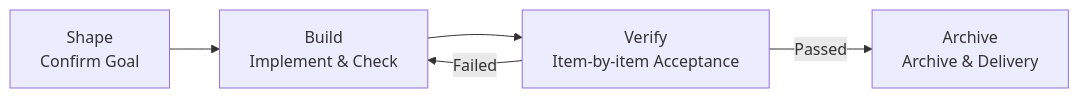
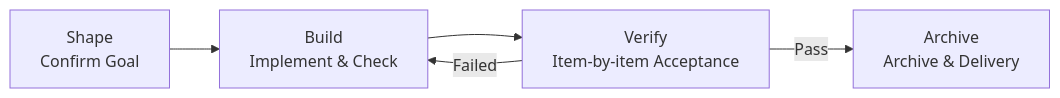
Before and after one commit to rpamis/comet-website-docs: the diagram in en/native/quickstart.mdx, drawn with Mermaid. The commit also changed other lines of this file and 88 other files, not shown here.

````diff
--- a/en/native/quickstart.mdx
+++ b/en/native/quickstart.mdx
@@ -68,7 +68,7 @@
 ```mermaid
 flowchart LR
   S["Shape\nConfirm Goal"] --> B["Build\nImplement & Check"]
   B --> V["Verify\nItem-by-item Acceptance"]
-  V -->|Passed| A["Archive\nArchive & Delivery"]
+  V -->|Pass| A["Archive\nArchive & Delivery"]
   V -->|Failed| B
 ```
````
